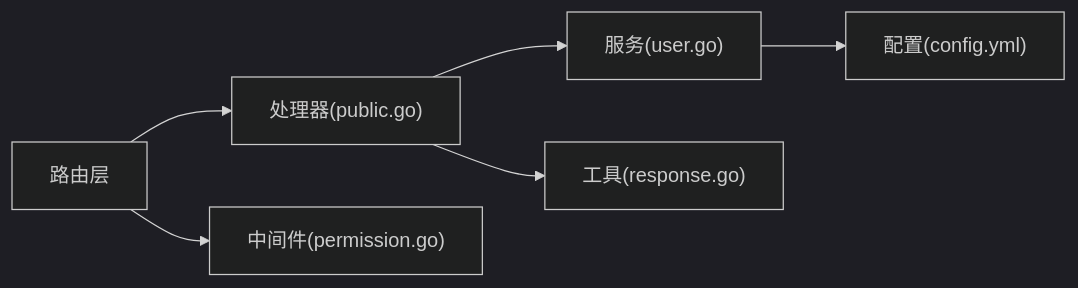
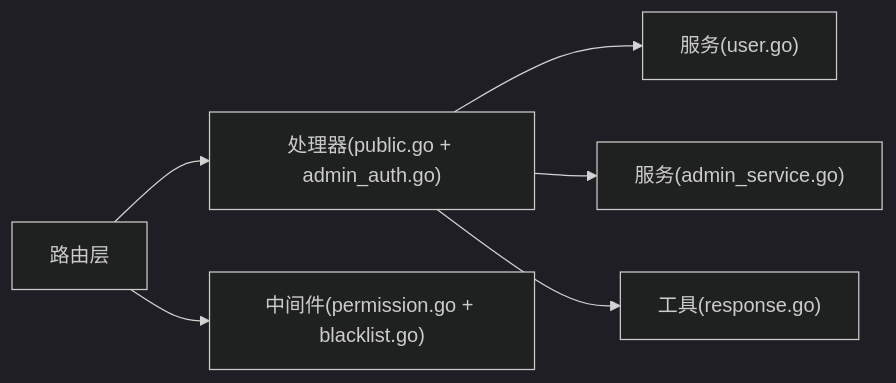
The third of 3 diagrams in .qoder/repowiki/zh/content/API 接口文档/认证相关接口.md (wuwuseo/e-sports-go-admin), drawn with Mermaid (dark theme) before and after one commit. The commit also changed other lines of this file and 42 other files, not shown here.

````diff
--- a/.qoder/repowiki/zh/content/API 接口文档/认证相关接口.md
+++ b/.qoder/repowiki/zh/content/API 接口文档/认证相关接口.md
@@ -368,8 +455,8 @@
 ```mermaid
 graph LR
-Router["路由层"] --> Handler["处理器(public.go)"]
-Handler --> Service["服务(user.go)"]
-Service --> Config["配置(config.yml)"]
-Router --> Middleware["中间件(permission.go)"]
+Router["路由层"] --> Handler["处理器(public.go + admin_auth.go)"]
+Handler --> UserSvc["服务(user.go)"]
+Handler --> AdminSvc["服务(admin_service.go)"]
+Router --> Middleware["中间件(permission.go + blacklist.go)"]
 Handler --> Utils["工具(response.go)"]
 ```
````
